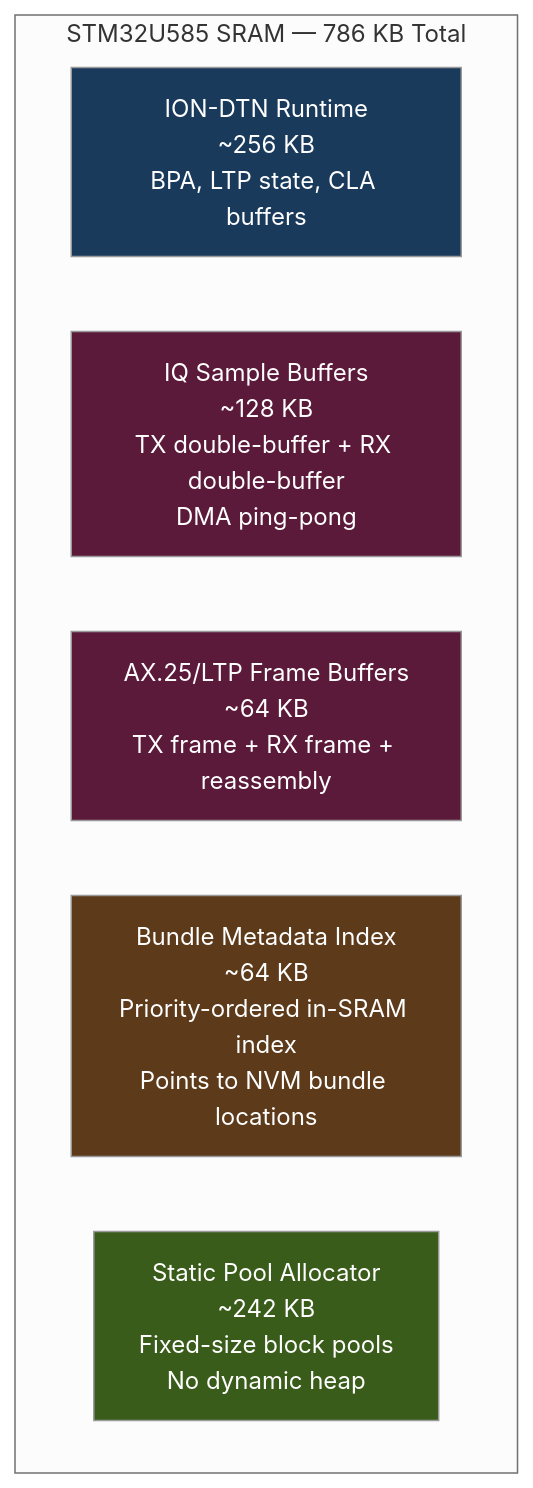
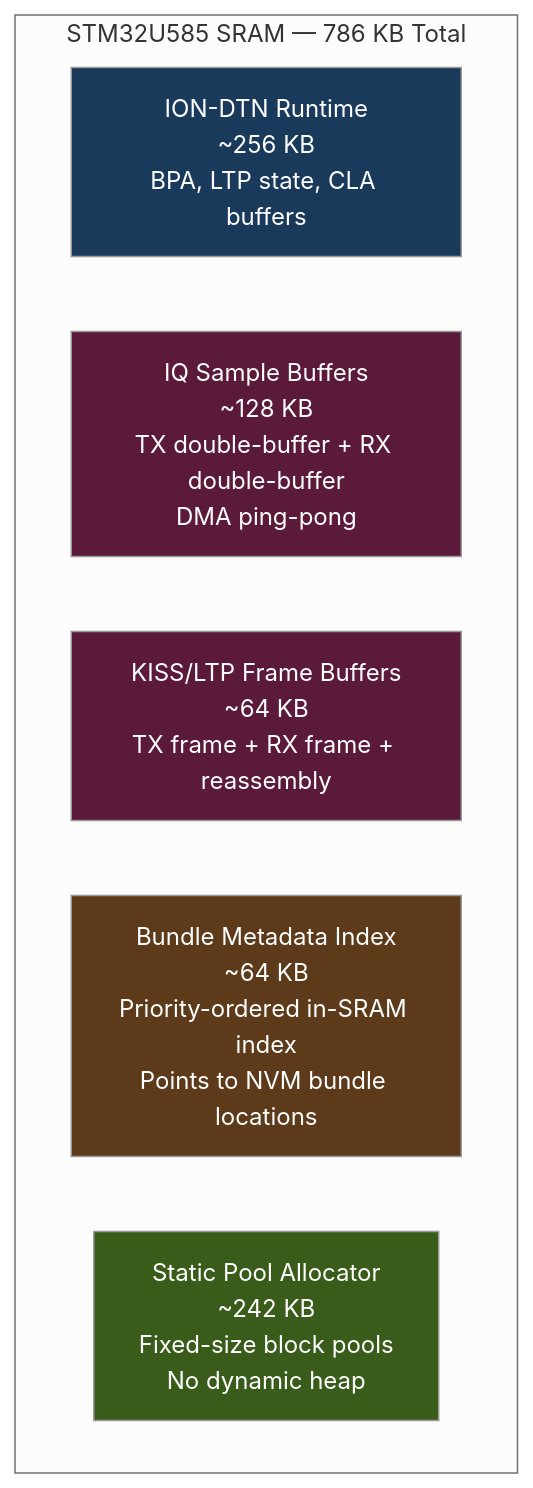
One commit to g4dpz/cislunar_proposal changed the third of 6 diagrams in docs/cubesat-em-phase2/design.md. Above: the diagram before and after it, drawn with Mermaid (neutral theme). The commit also changed other lines of this file and 17 other files, not shown here.

Commit message:
Replace AX.25 with LTP-over-KISS and dtn:// EIDs across all specs, add cislunar redirect conf

````diff
--- a/docs/cubesat-em-phase2/design.md
+++ b/docs/cubesat-em-phase2/design.md
@@ -110,16 +110,16 @@
 ```mermaid
 graph TD
     subgraph "STM32U585 SRAM — 786 KB Total"
         ION_MEM["ION-DTN Runtime<br/>~256 KB<br/>BPA, LTP state, CLA buffers"]
         IQ_BUF["IQ Sample Buffers<br/>~128 KB<br/>TX double-buffer + RX double-buffer<br/>DMA ping-pong"]
-        AX25_BUF["AX.25/LTP Frame Buffers<br/>~64 KB<br/>TX frame + RX frame + reassembly"]
+        KISS_BUF["KISS/LTP Frame Buffers<br/>~64 KB<br/>TX frame + RX frame + reassembly"]
         IDX_MEM["Bundle Metadata Index<br/>~64 KB<br/>Priority-ordered in-SRAM index<br/>Points to NVM bundle locations"]
         POOL["Static Pool Allocator<br/>~242 KB<br/>Fixed-size block pools<br/>No dynamic heap"]
     end
 
     style ION_MEM fill:#1a3a5c,color:#fff
     style IQ_BUF fill:#5c1a3a,color:#fff
-    style AX25_BUF fill:#5c1a3a,color:#fff
+    style KISS_BUF fill:#5c1a3a,color:#fff
     style IDX_MEM fill:#5c3a1a,color:#fff
     style POOL fill:#3a5c1a,color:#fff
 ```
````
